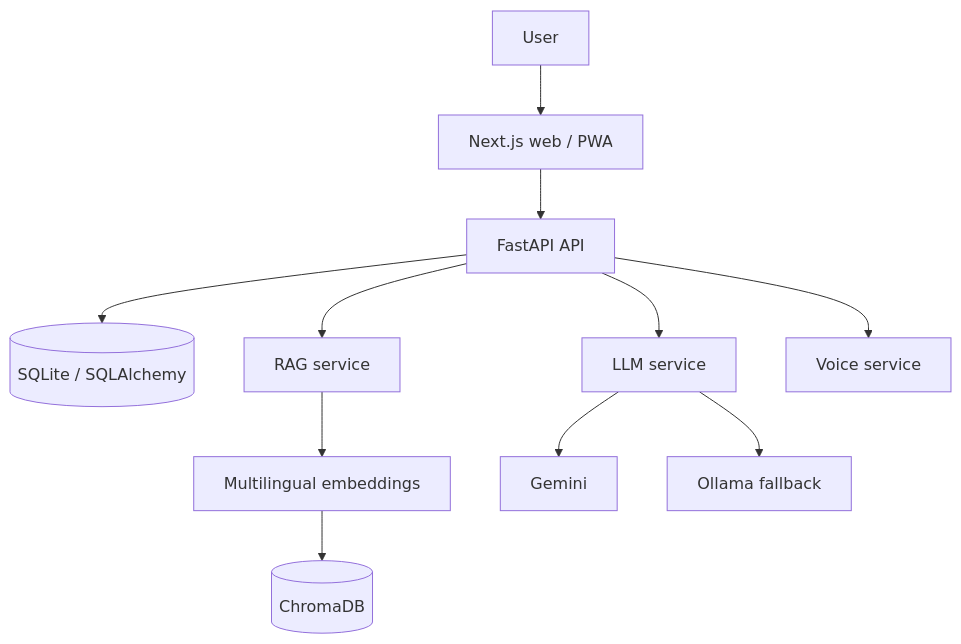
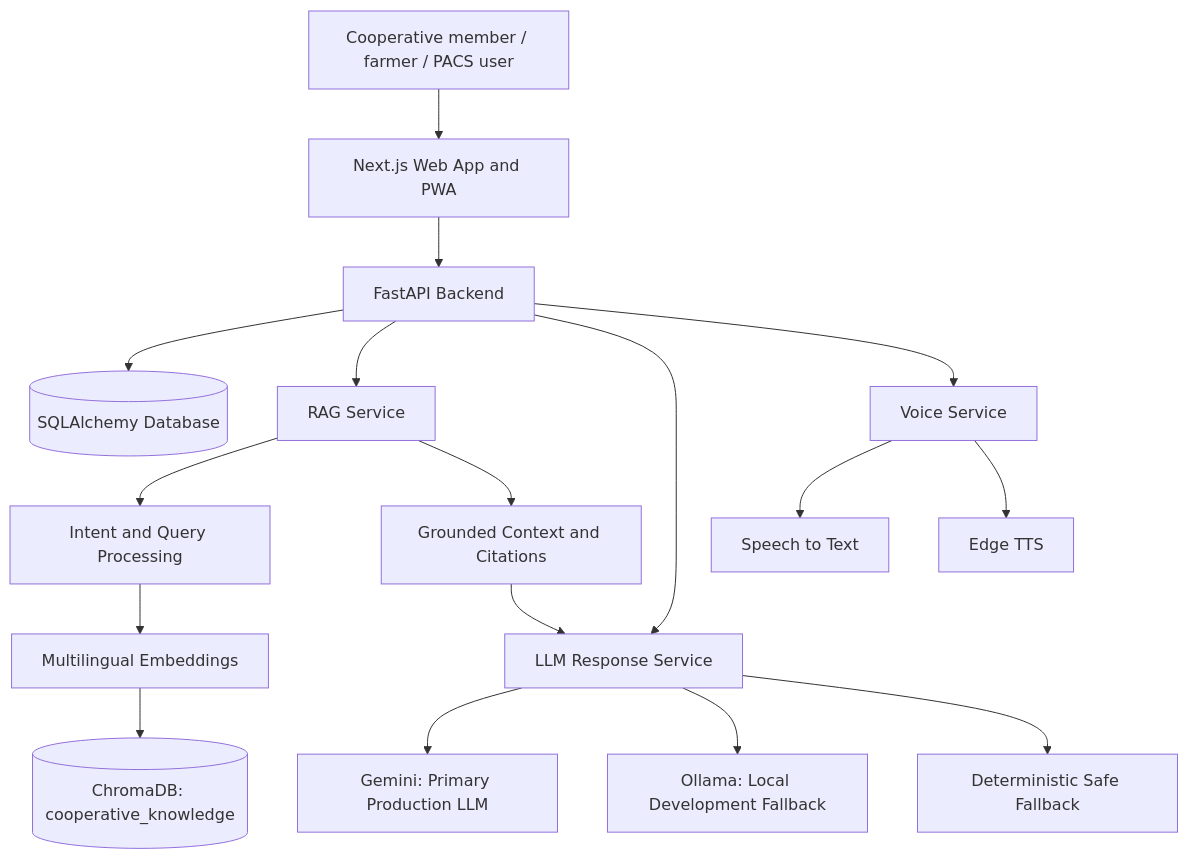
The diagram in README.md (shivam-sabbarwal/Cooperative-Mitra), drawn with Mermaid before and after one commit. The commit also changed other lines of this file, not shown here.

````diff
--- a/README.md
+++ b/README.md
@@ -17,13 +70,22 @@
 ```mermaid
 flowchart TD
-    U[User] --> W[Next.js web / PWA]
-    W --> API[FastAPI API]
-    API --> DB[(SQLite / SQLAlchemy)]
-    API --> RAG[RAG service]
-    RAG --> EMB[Multilingual embeddings]
-    EMB --> C[(ChromaDB)]
-    API --> LLM[LLM service]
-    LLM --> G[Gemini]
-    LLM --> O[Ollama fallback]
-    API --> V[Voice service]
+    U[Cooperative member / farmer / PACS user] --> W[Next.js Web App and PWA]
+    W --> API[FastAPI Backend]
+
+    API --> DB[(SQLAlchemy Database)]
+    API --> RAG[RAG Service]
+    RAG --> Q[Intent and Query Processing]
+    Q --> EMB[Multilingual Embeddings]
+    EMB --> C[(ChromaDB: cooperative_knowledge)]
+    RAG --> CTX[Grounded Context and Citations]
+
+    API --> LLM[LLM Response Service]
+    CTX --> LLM
+    LLM --> G[Gemini: Primary Production LLM]
+    LLM --> O[Ollama: Local Development Fallback]
+    LLM --> SAFE[Deterministic Safe Fallback]
+
+    API --> V[Voice Service]
+    V --> STT[Speech to Text]
+    V --> TTS[Edge TTS]
 ```
````
